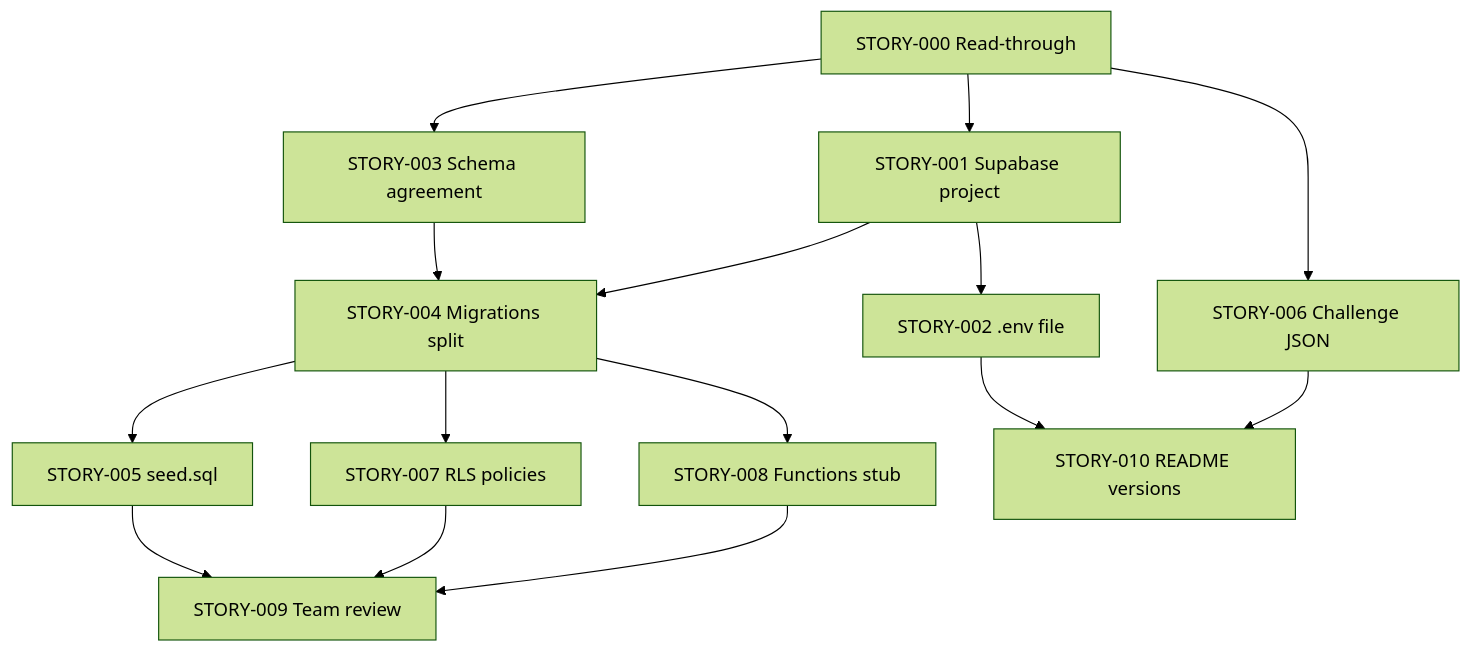
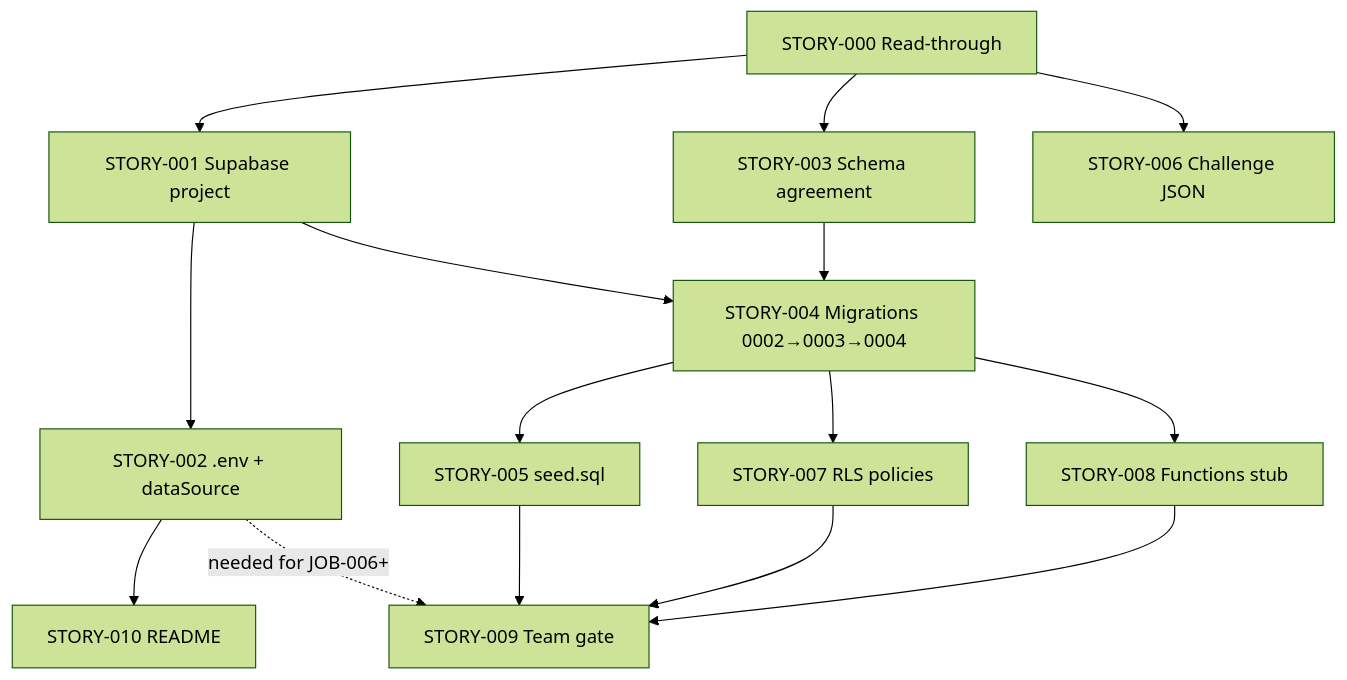
The second of 2 diagrams in SUPABASE_INTEGRATION.md (answer-mthombe/STARS_LITE), drawn with Mermaid (forest theme) before and after one commit. The commit also changed other lines of this file, not shown here.

````diff
--- a/SUPABASE_INTEGRATION.md
+++ b/SUPABASE_INTEGRATION.md
@@ -879,29 +971,29 @@
 ```mermaid
 flowchart TD
   S0[STORY-000 Read-through]
   S1[STORY-001 Supabase project]
-  S2[STORY-002 .env file]
+  S2[STORY-002 .env + dataSource]
   S3[STORY-003 Schema agreement]
-  S4[STORY-004 Migrations split]
+  S4[STORY-004 Migrations 0002→0003→0004]
   S5[STORY-005 seed.sql]
   S6[STORY-006 Challenge JSON]
   S7[STORY-007 RLS policies]
   S8[STORY-008 Functions stub]
-  S9[STORY-009 Team review]
-  S10[STORY-010 README versions]
+  S9[STORY-009 Team gate]
+  S10[STORY-010 README]
 
   S0 --> S1
   S0 --> S3
+  S0 --> S6
   S1 --> S2
+  S1 --> S4
   S3 --> S4
-  S1 --> S4
   S4 --> S5
   S4 --> S7
   S4 --> S8
-  S0 --> S6
+  S2 --> S10
   S5 --> S9
   S7 --> S9
   S8 --> S9
-  S2 --> S10
-  S6 --> S10
+  S2 -.->|needed for JOB-006+| S9
 ```
````
